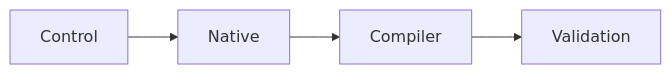
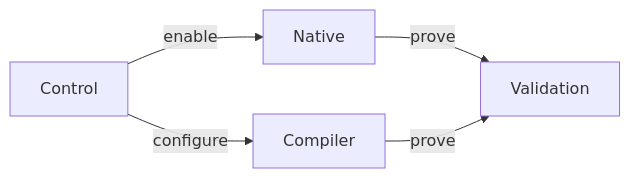
Before and after one commit to XiaobingSuper/FlyDSL: the first of 5 diagrams in docs/pytorch_integration_rfc.md, drawn with Mermaid. The commit also changed other lines of this file and 1 other file, not shown here.

````diff
--- a/docs/pytorch_integration_rfc.md
+++ b/docs/pytorch_integration_rfc.md
@@ -51,6 +51,7 @@
 ```mermaid
 flowchart LR
-    A["Control"] --> B["Native"]
-    B --> C["Compiler"]
-    C --> D["Validation"]
+    A["Control"] -->|enable| B["Native"]
+    A -->|configure| C["Compiler"]
+    B -->|prove| D["Validation"]
+    C -->|prove| D
 ```
````
